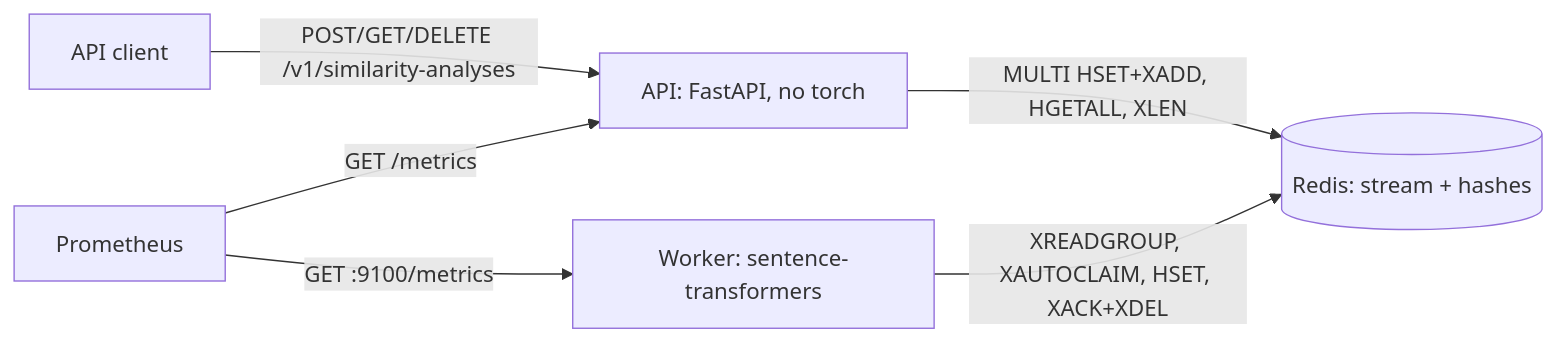
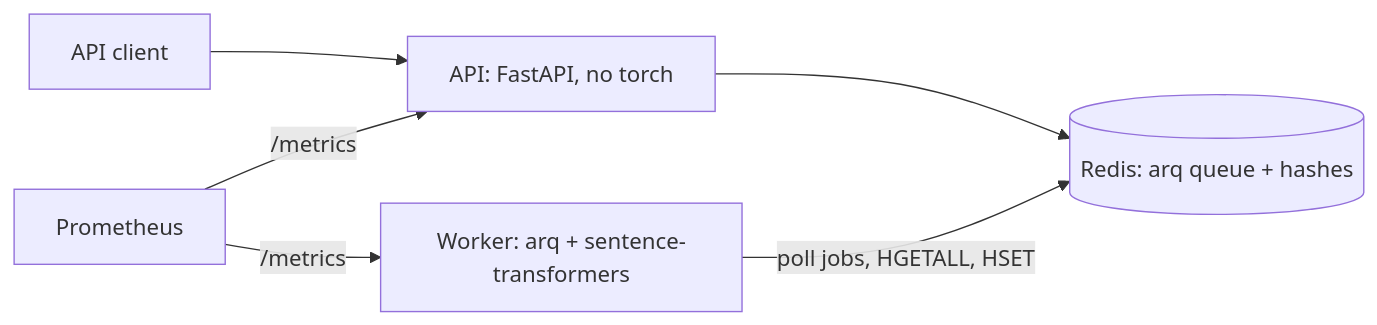
Before and after one commit to czakuou/embedding-similarity-api: the second of 2 diagrams in README.md, drawn with Mermaid. The commit also changed other lines of this file and 1 other file, not shown here.

First line of the commit message:
docs: describe the arq worker; condense README to under 300 lines

````diff
--- a/README.md
+++ b/README.md
@@ -168,8 +76,6 @@
 ```mermaid
 flowchart LR
-  client[API client] -->|POST/GET/DELETE /v1/similarity-analyses| api[API: FastAPI, no torch]
-  api -->|MULTI HSET+XADD, HGETALL, XLEN| redis[(Redis: stream + hashes)]
-  worker[Worker: sentence-transformers] -->|XREADGROUP, XAUTOCLAIM, HSET, XACK+XDEL| redis
-  prom[Prometheus] -->|GET /metrics| api
-  prom -->|GET :9100/metrics| worker
+  client[API client] --> api[API: FastAPI, no torch] --> redis[(Redis: arq queue + hashes)]
+  worker[Worker: arq + sentence-transformers] -->|poll jobs, HGETALL, HSET| redis
+  prom[Prometheus] -->|/metrics| api & worker
 ```
````
